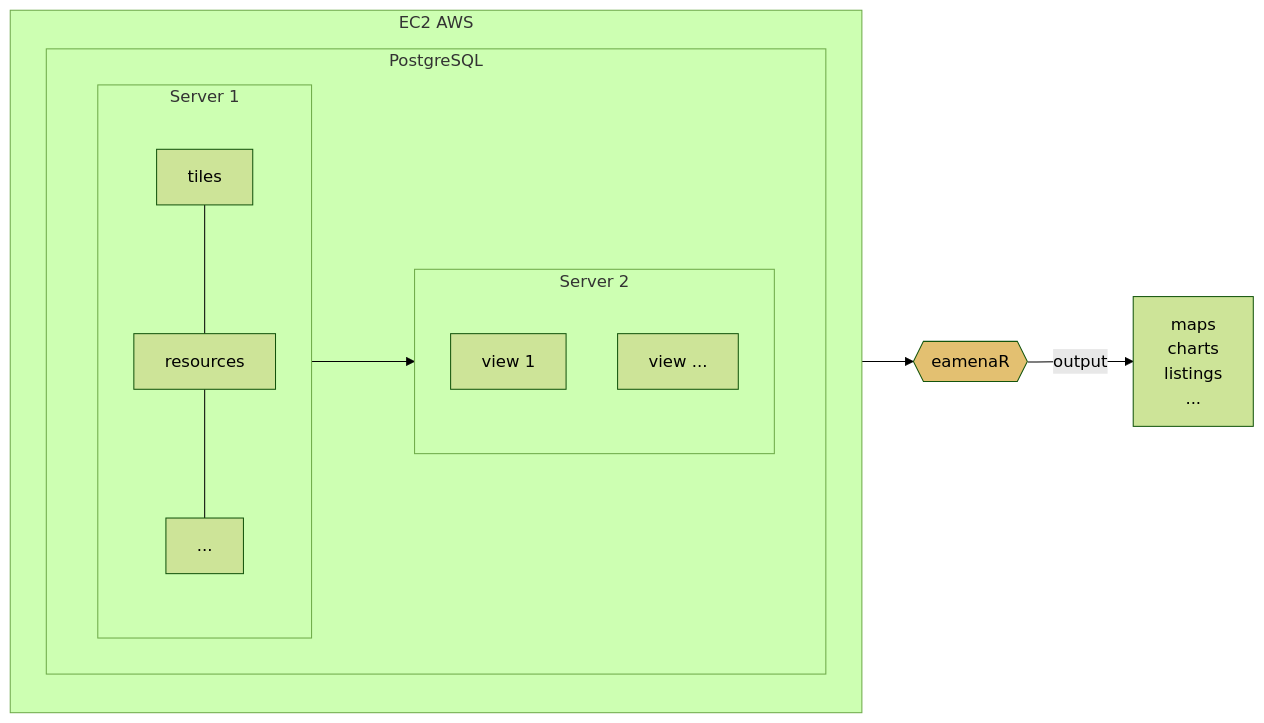
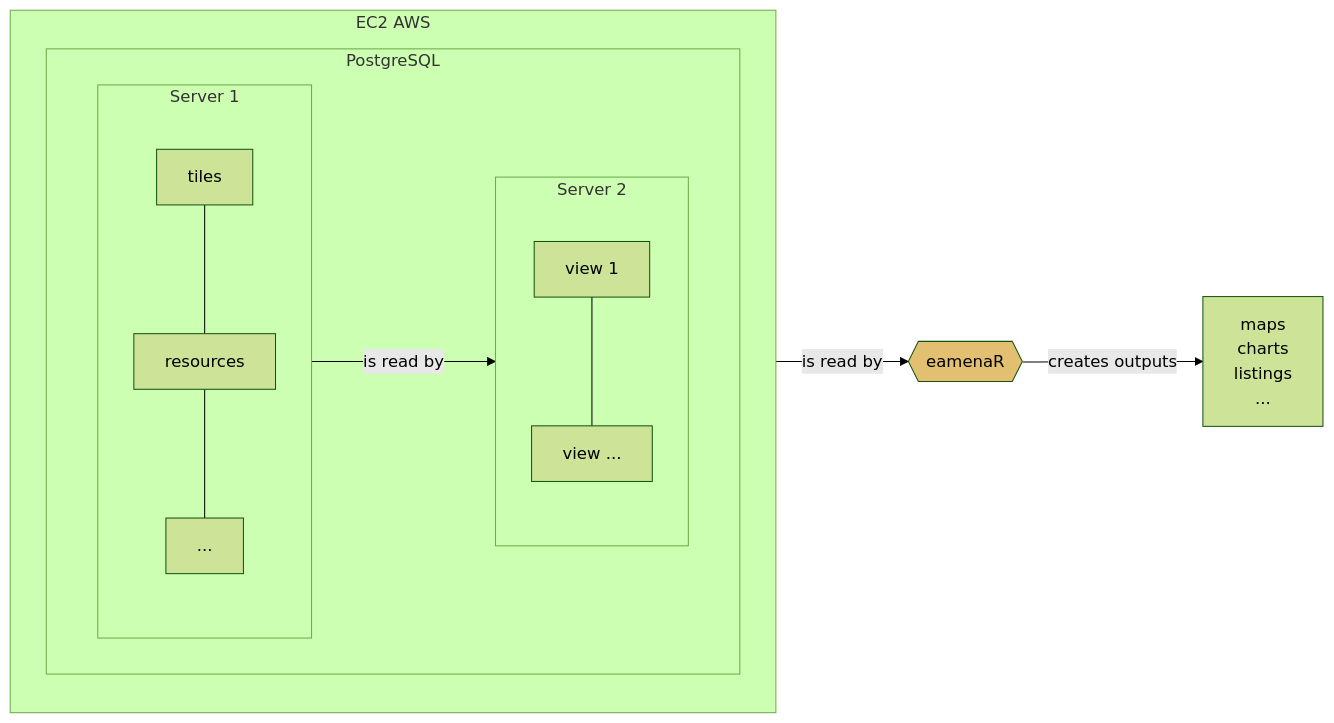
Before and after one commit to eamena-project/eamena-arches-dev: the third of 5 diagrams in dev/README.md, drawn with Mermaid (forest theme).

Commit message:
views diagram

````diff
--- a/dev/README.md
+++ b/dev/README.md
@@ -40,23 +40,22 @@
 ```mermaid
 flowchart LR
   subgraph EC2 [EC2 AWS]
     direction TB
     subgraph PostgreSQL
         direction LR
         subgraph DB [Server 1]
             direction TB
             A[tiles] --- B[resources]
             B --- Z[...]
         end
         subgraph VIEWS [Server 2]
             direction TB
-            C[view 1] 
-            Y[view ...]
+            C[view 1] --- Y[view ...]
         end
     end
   end
-  DB --> VIEWS
-  VIEWS --> D{{eamenaR}}:::eamenaRpkg
-  D -- output--> E[maps<br>charts<br>listings<br>...]
+  DB -- is read by --> VIEWS
+  VIEWS -- is read by --> D{{eamenaR}}:::eamenaRpkg
+  D -- creates outputs --> E[maps<br>charts<br>listings<br>...]
   classDef eamenaRpkg fill:#e3c071
 ```
````
